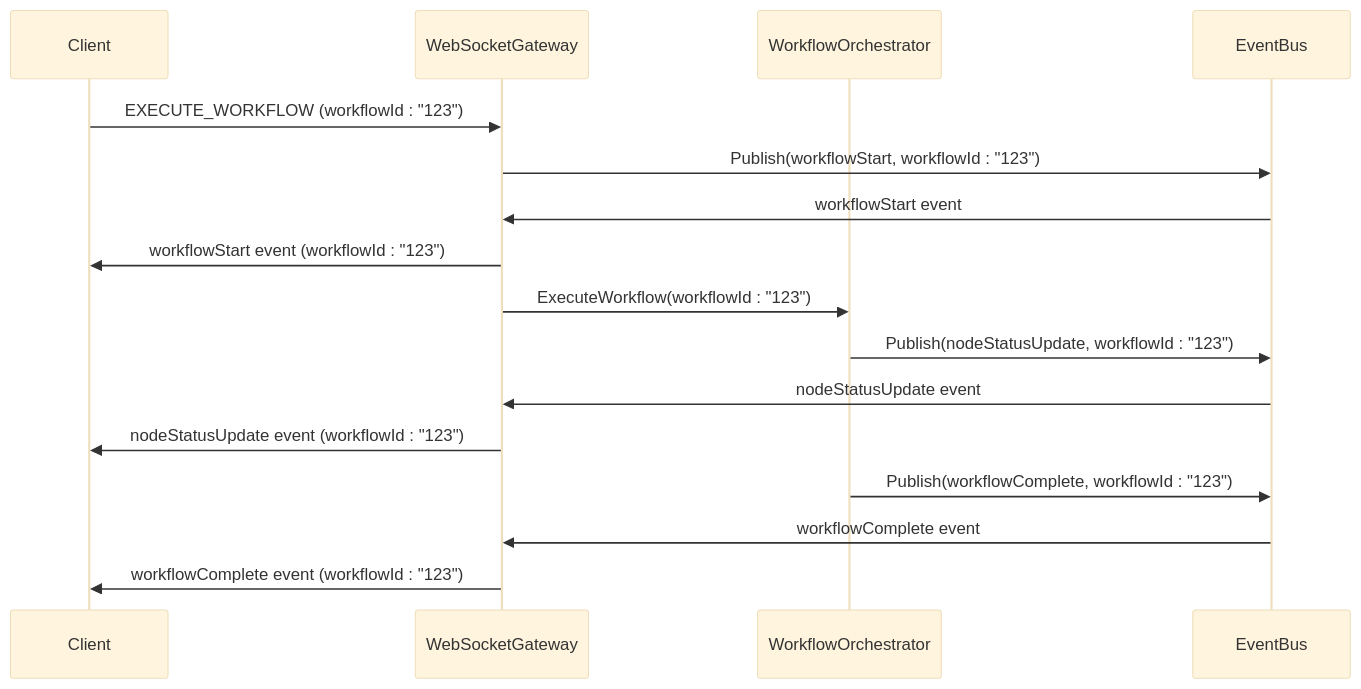
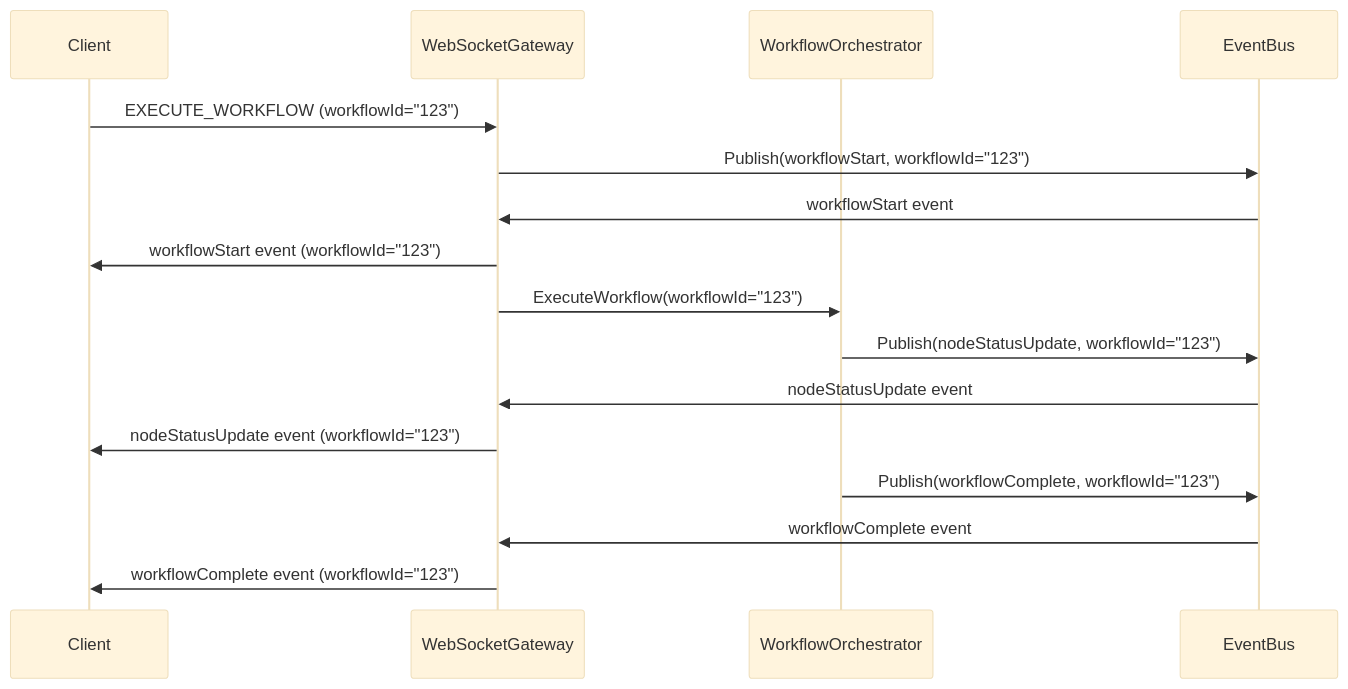
One commit to prxs-ai/praxis-go-sdk changed the third of 4 diagrams in docs/API Reference/WebSocket API Reference.md. Above: the diagram before and after it, drawn with Mermaid (base theme). The commit also changed other lines of this file and 33 other files, not shown here.

````diff
--- a/docs/API Reference/WebSocket API Reference.md
+++ b/docs/API Reference/WebSocket API Reference.md
@@ -313,18 +313,18 @@
 ```mermaid
 sequenceDiagram
 participant Client
 participant WebSocketGateway
 participant WorkflowOrchestrator
 participant EventBus
-Client->>WebSocketGateway : EXECUTE_WORKFLOW (workflowId : "123")
-WebSocketGateway->>EventBus : Publish(workflowStart, workflowId : "123")
+Client->>WebSocketGateway : EXECUTE_WORKFLOW (workflowId="123")
+WebSocketGateway->>EventBus : Publish(workflowStart, workflowId="123")
 EventBus->>WebSocketGateway : workflowStart event
-WebSocketGateway->>Client : workflowStart event (workflowId : "123")
-WebSocketGateway->>WorkflowOrchestrator : ExecuteWorkflow(workflowId : "123")
-WorkflowOrchestrator->>EventBus : Publish(nodeStatusUpdate, workflowId : "123")
+WebSocketGateway->>Client : workflowStart event (workflowId="123")
+WebSocketGateway->>WorkflowOrchestrator : ExecuteWorkflow(workflowId="123")
+WorkflowOrchestrator->>EventBus : Publish(nodeStatusUpdate, workflowId="123")
 EventBus->>WebSocketGateway : nodeStatusUpdate event
-WebSocketGateway->>Client : nodeStatusUpdate event (workflowId : "123")
-WorkflowOrchestrator->>EventBus : Publish(workflowComplete, workflowId : "123")
+WebSocketGateway->>Client : nodeStatusUpdate event (workflowId="123")
+WorkflowOrchestrator->>EventBus : Publish(workflowComplete, workflowId="123")
 EventBus->>WebSocketGateway : workflowComplete event
-WebSocketGateway->>Client : workflowComplete event (workflowId : "123")
+WebSocketGateway->>Client : workflowComplete event (workflowId="123")
 ```
````
